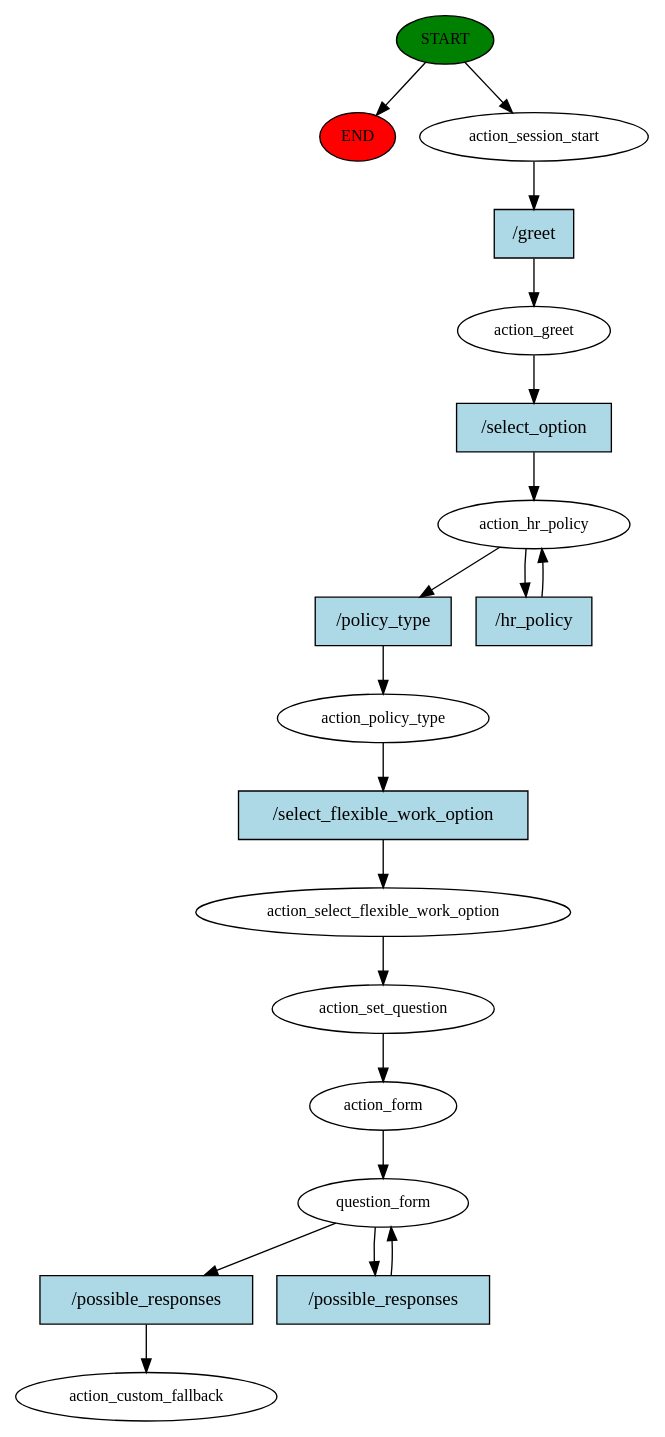
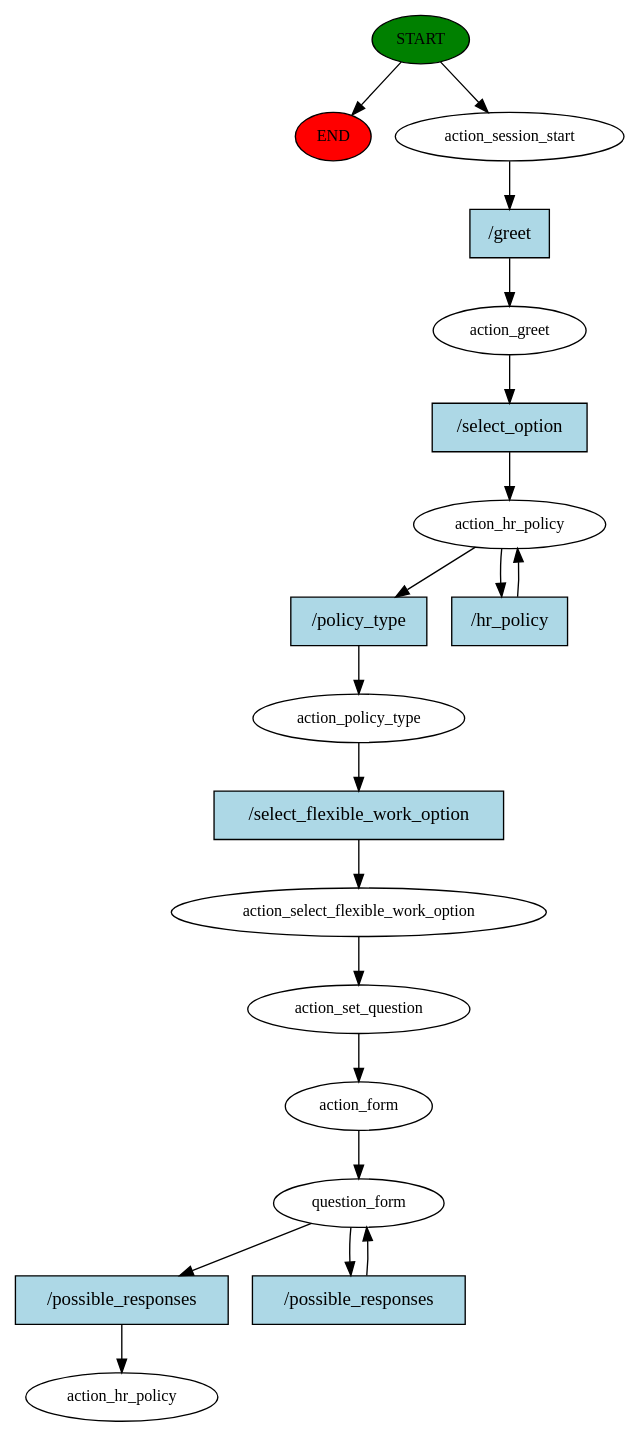
The diagram in story_graph.dot (AIAnupSHrestha/amelio-chatbot), drawn with Graphviz before and after one commit. The commit also changed 2 other files, not shown here.

```diff
--- a/story_graph.dot
+++ b/story_graph.dot
@@ -1,39 +1,39 @@
 digraph  {
 0 [class="start active", fillcolor=green, fontsize=12, label=START, style=filled];
 "-1" [class=end, fillcolor=red, fontsize=12, label=END, style=filled];
 1 [class=active, fontsize=12, label=action_session_start];
 2 [class=active, fontsize=12, label=action_greet];
 3 [class=active, fontsize=12, label=action_hr_policy];
 5 [class=active, fontsize=12, label=action_policy_type];
 6 [class=active, fontsize=12, label=action_select_flexible_work_option];
 7 [class=active, fontsize=12, label=action_set_question];
 8 [class=active, fontsize=12, label=action_form];
 9 [class=active, fontsize=12, label=question_form];
-11 [class="dashed active", fontsize=12, label=action_custom_fallback];
+11 [class="dashed active", fontsize=12, label=action_hr_policy];
 12 [class="intent active", fillcolor=lightblue, label="/greet", shape=rect, style=filled];
 13 [class="intent active", fillcolor=lightblue, label="/select_option", shape=rect, style=filled];
 14 [class="intent active", fillcolor=lightblue, label="/policy_type", shape=rect, style=filled];
 15 [class="intent active", fillcolor=lightblue, label="/hr_policy", shape=rect, style=filled];
 16 [class="intent active", fillcolor=lightblue, label="/select_flexible_work_option", shape=rect, style=filled];
 17 [class="intent active", fillcolor=lightblue, label="/possible_responses", shape=rect, style=filled];
 18 [class="intent active", fillcolor=lightblue, label="/possible_responses", shape=rect, style=filled];
 0 -> "-1"  [class="", key=NONE, label=""];
 0 -> 1  [class=active, key=NONE, label=""];
 1 -> 12  [class=active, key=0];
 2 -> 13  [class=active, key=0];
 3 -> 14  [class=active, key=0];
 3 -> 15  [class=active, key=0];
 5 -> 16  [class=active, key=0];
 6 -> 7  [class=active, key=NONE, label=""];
 7 -> 8  [class=active, key=NONE, label=""];
 8 -> 9  [class=active, key=NONE, label=""];
 9 -> 17  [class=active, key=0];
 9 -> 18  [class=active, key=0];
 12 -> 2  [class=active, key=0];
 13 -> 3  [class=active, key=0];
 14 -> 5  [class=active, key=0];
 15 -> 3  [class=active, key=0];
 16 -> 6  [class=active, key=0];
 17 -> 11  [class=active, key=0];
 18 -> 9  [class=active, key=0];
 }
```
